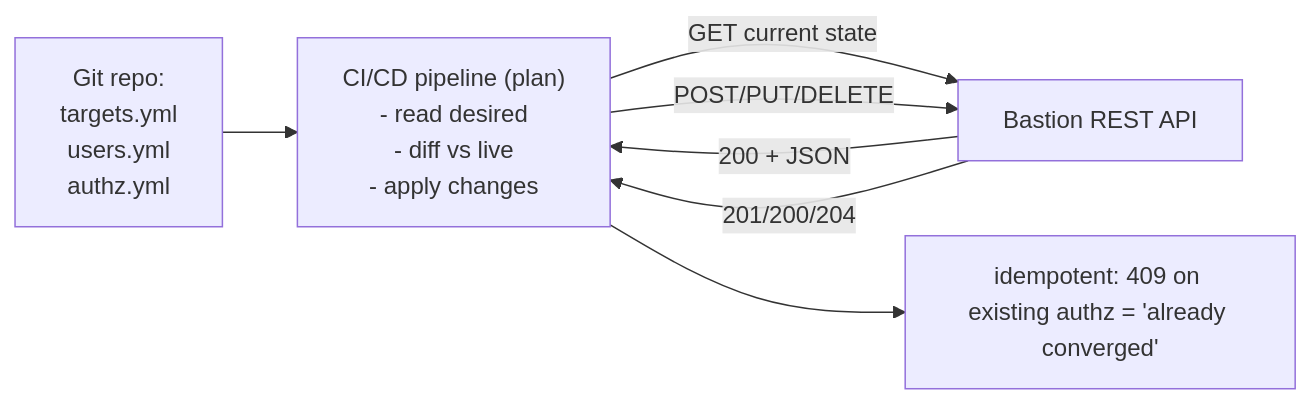
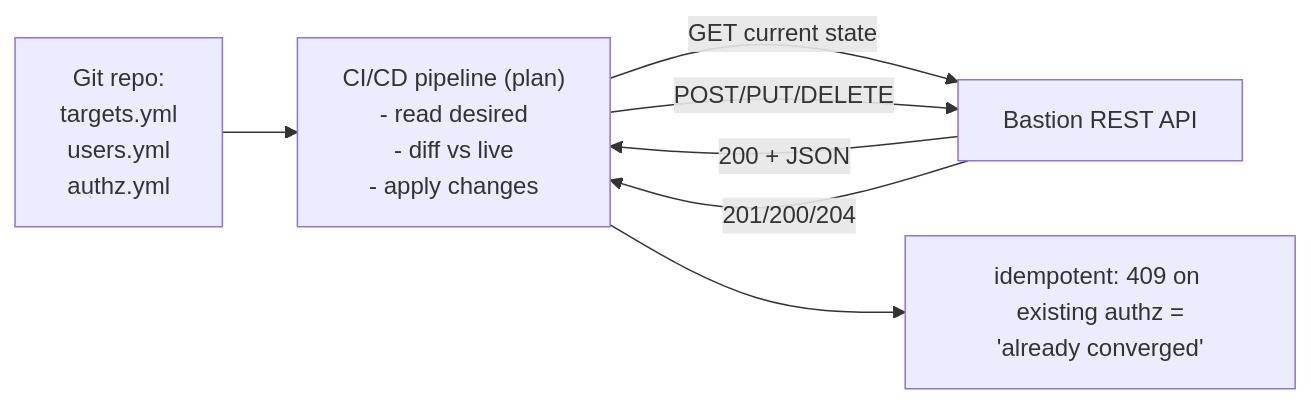
Before and after one commit to morandeirachema/WallixCerts: the second of 3 diagrams in deep-dives/rest-api-and-automation.md, drawn with Mermaid. The commit also changed 37 other files, not shown here.

First line of the commit message:
Make Mermaid node boxes fit their text (wrap long labels) + enforce it

````diff
--- a/deep-dives/rest-api-and-automation.md
+++ b/deep-dives/rest-api-and-automation.md
@@ -278,9 +278,9 @@
 ```mermaid
 flowchart LR
     Git["Git repo:<br/>targets.yml<br/>users.yml<br/>authz.yml"] --> Pipeline["CI/CD pipeline (plan)<br/>- read desired<br/>- diff vs live<br/>- apply changes"]
     Pipeline -->|"GET current state"| API["Bastion REST API"]
     API -->|"200 + JSON"| Pipeline
     Pipeline -->|"POST/PUT/DELETE"| API
     API -->|"201/200/204"| Pipeline
-    Pipeline --> Idempotent["idempotent: 409 on existing authz = 'already converged'"]
+    Pipeline --> Idempotent["idempotent: 409 on existing authz =<br/>'already converged'"]
 ```
````
